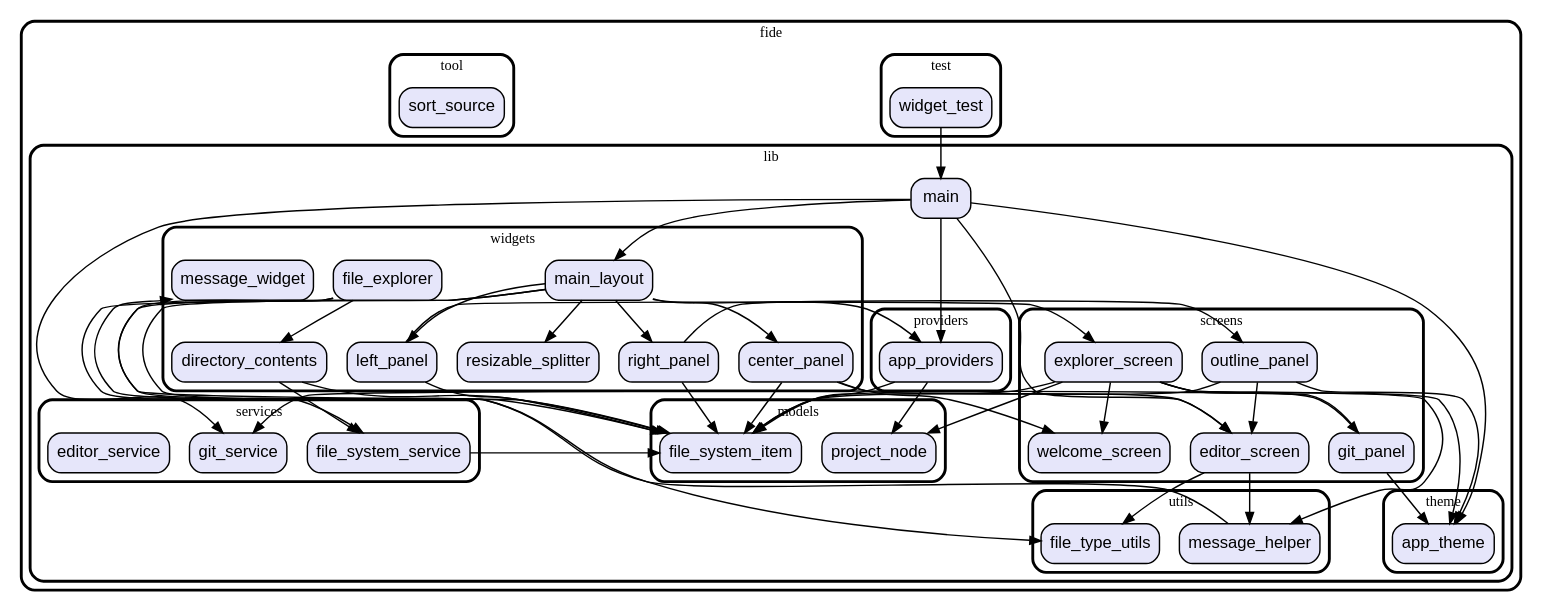
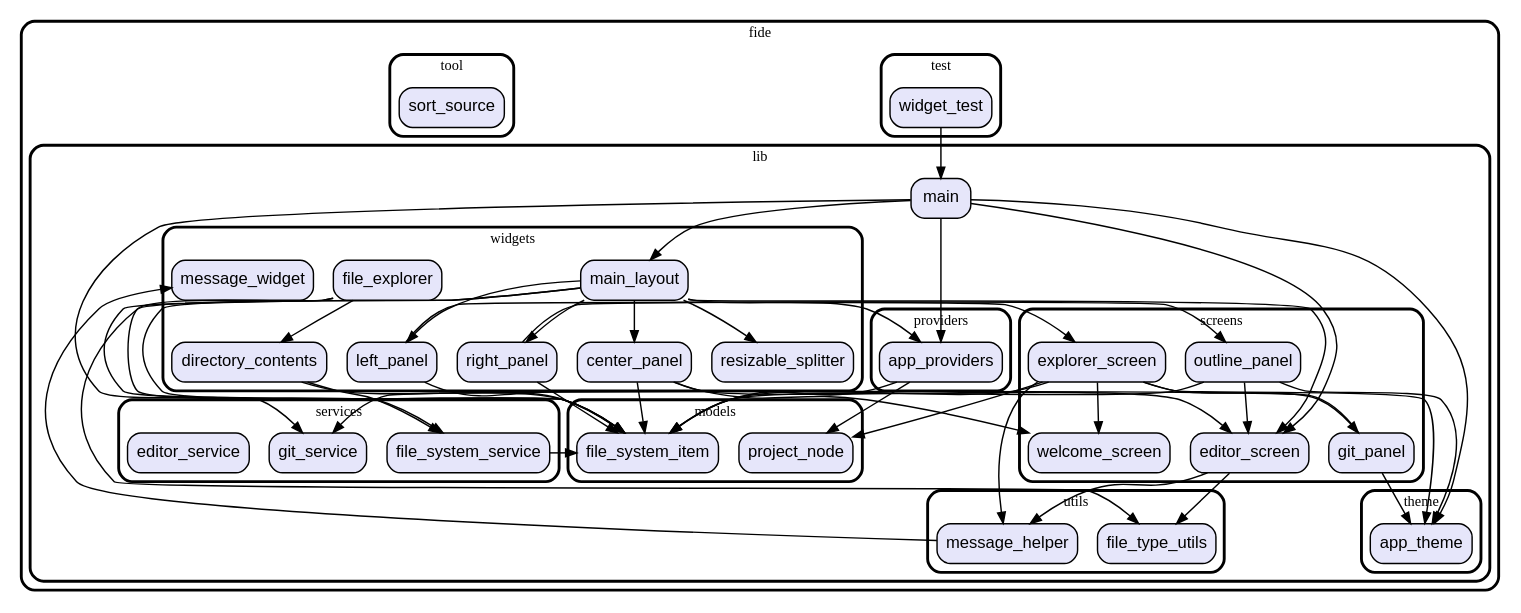
The diagram in graph.dot (vteam-com/FIDE), drawn with Graphviz before and after one commit. The commit also changed 6 other files, not shown here.

```diff
--- a/graph.dot
+++ b/graph.dot
@@ -1,130 +1,131 @@
 digraph "" {
   graph [style=rounded fontname="Arial Black" fontsize=13 penwidth=2.6];
   node [shape=rect style="filled,rounded" fontname=Arial fontsize=15 fillcolor=Lavender penwidth=1.3];
   edge [penwidth=1.3];
   "/test/widget_test.dart" [label="widget_test"];
   "/lib/providers/app_providers.dart" [label="app_providers"];
   "/lib/utils/message_helper.dart" [label="message_helper"];
   "/lib/utils/file_type_utils.dart" [label="file_type_utils"];
   "/lib/models/project_node.dart" [label="project_node"];
   "/lib/models/file_system_item.dart" [label="file_system_item"];
   "/lib/screens/git_panel.dart" [label="git_panel"];
   "/lib/screens/explorer_screen.dart" [label="explorer_screen"];
   "/lib/screens/outline_panel.dart" [label="outline_panel"];
   "/lib/screens/editor_screen.dart" [label="editor_screen"];
   "/lib/screens/welcome_screen.dart" [label="welcome_screen"];
   "/lib/main.dart" [label="main"];
   "/lib/theme/app_theme.dart" [label="app_theme"];
   "/lib/services/git_service.dart" [label="git_service"];
   "/lib/services/file_system_service.dart" [label="file_system_service"];
   "/lib/services/editor_service.dart" [label="editor_service"];
   "/lib/widgets/resizable_splitter.dart" [label="resizable_splitter"];
   "/lib/widgets/directory_contents.dart" [label="directory_contents"];
   "/lib/widgets/main_layout.dart" [label="main_layout"];
   "/lib/widgets/file_explorer.dart" [label="file_explorer"];
   "/lib/widgets/message_widget.dart" [label="message_widget"];
   "/lib/widgets/left_panel.dart" [label="left_panel"];
   "/lib/widgets/center_panel.dart" [label="center_panel"];
   "/lib/widgets/right_panel.dart" [label="right_panel"];
   "/tool/sort_source.dart" [label="sort_source"];
   subgraph "cluster~" {
     label="fide";
     subgraph "cluster~/test" {
       label="test";
       "/test/widget_test.dart";
     }
     subgraph "cluster~/lib" {
       label="lib";
       "/lib/main.dart";
       subgraph "cluster~/lib/providers" {
         label="providers";
         "/lib/providers/app_providers.dart";
       }
       subgraph "cluster~/lib/utils" {
         label="utils";
         "/lib/utils/message_helper.dart";
         "/lib/utils/file_type_utils.dart";
       }
       subgraph "cluster~/lib/models" {
         label="models";
         "/lib/models/project_node.dart";
         "/lib/models/file_system_item.dart";
       }
       subgraph "cluster~/lib/screens" {
         label="screens";
         "/lib/screens/git_panel.dart";
         "/lib/screens/explorer_screen.dart";
         "/lib/screens/outline_panel.dart";
         "/lib/screens/editor_screen.dart";
         "/lib/screens/welcome_screen.dart";
       }
       subgraph "cluster~/lib/theme" {
         label="theme";
         "/lib/theme/app_theme.dart";
       }
       subgraph "cluster~/lib/services" {
         label="services";
         "/lib/services/git_service.dart";
         "/lib/services/file_system_service.dart";
         "/lib/services/editor_service.dart";
       }
       subgraph "cluster~/lib/widgets" {
         label="widgets";
         "/lib/widgets/resizable_splitter.dart";
         "/lib/widgets/directory_contents.dart";
         "/lib/widgets/main_layout.dart";
         "/lib/widgets/file_explorer.dart";
         "/lib/widgets/message_widget.dart";
         "/lib/widgets/left_panel.dart";
         "/lib/widgets/center_panel.dart";
         "/lib/widgets/right_panel.dart";
       }
     }
     subgraph "cluster~/tool" {
       label="tool";
       "/tool/sort_source.dart";
     }
   }
   "/test/widget_test.dart" -> "/lib/main.dart";
   "/lib/providers/app_providers.dart" -> "/lib/models/file_system_item.dart";
   "/lib/providers/app_providers.dart" -> "/lib/models/project_node.dart";
   "/lib/utils/message_helper.dart" -> "/lib/widgets/message_widget.dart";
   "/lib/screens/git_panel.dart" -> "/lib/theme/app_theme.dart";
   "/lib/screens/git_panel.dart" -> "/lib/services/git_service.dart";
   "/lib/screens/explorer_screen.dart" -> "/lib/models/project_node.dart";
   "/lib/screens/explorer_screen.dart" -> "/lib/models/file_system_item.dart";
   "/lib/screens/explorer_screen.dart" -> "/lib/utils/message_helper.dart";
   "/lib/screens/explorer_screen.dart" -> "/lib/screens/welcome_screen.dart";
   "/lib/screens/explorer_screen.dart" -> "/lib/screens/git_panel.dart";
   "/lib/screens/explorer_screen.dart" -> "/lib/theme/app_theme.dart";
   "/lib/screens/outline_panel.dart" -> "/lib/theme/app_theme.dart";
   "/lib/screens/outline_panel.dart" -> "/lib/models/file_system_item.dart";
   "/lib/screens/outline_panel.dart" -> "/lib/screens/editor_screen.dart";
   "/lib/screens/editor_screen.dart" -> "/lib/utils/message_helper.dart";
   "/lib/screens/editor_screen.dart" -> "/lib/utils/file_type_utils.dart";
   "/lib/main.dart" -> "/lib/providers/app_providers.dart";
   "/lib/main.dart" -> "/lib/widgets/main_layout.dart";
   "/lib/main.dart" -> "/lib/screens/editor_screen.dart";
   "/lib/main.dart" -> "/lib/services/git_service.dart";
   "/lib/main.dart" -> "/lib/theme/app_theme.dart";
   "/lib/services/file_system_service.dart" -> "/lib/models/file_system_item.dart";
   "/lib/widgets/directory_contents.dart" -> "/lib/services/file_system_service.dart";
   "/lib/widgets/directory_contents.dart" -> "/lib/models/file_system_item.dart";
+  "/lib/widgets/main_layout.dart" -> "/lib/screens/editor_screen.dart";
   "/lib/widgets/main_layout.dart" -> "/lib/providers/app_providers.dart";
   "/lib/widgets/main_layout.dart" -> "/lib/models/file_system_item.dart";
   "/lib/widgets/main_layout.dart" -> "/lib/utils/file_type_utils.dart";
   "/lib/widgets/main_layout.dart" -> "/lib/widgets/resizable_splitter.dart";
   "/lib/widgets/main_layout.dart" -> "/lib/widgets/left_panel.dart";
   "/lib/widgets/main_layout.dart" -> "/lib/widgets/center_panel.dart";
   "/lib/widgets/main_layout.dart" -> "/lib/widgets/right_panel.dart";
   "/lib/widgets/file_explorer.dart" -> "/lib/services/file_system_service.dart";
   "/lib/widgets/file_explorer.dart" -> "/lib/models/file_system_item.dart";
   "/lib/widgets/file_explorer.dart" -> "/lib/widgets/directory_contents.dart";
   "/lib/widgets/left_panel.dart" -> "/lib/screens/explorer_screen.dart";
   "/lib/widgets/left_panel.dart" -> "/lib/models/file_system_item.dart";
   "/lib/widgets/center_panel.dart" -> "/lib/screens/welcome_screen.dart";
   "/lib/widgets/center_panel.dart" -> "/lib/screens/editor_screen.dart";
   "/lib/widgets/center_panel.dart" -> "/lib/models/file_system_item.dart";
   "/lib/widgets/right_panel.dart" -> "/lib/screens/outline_panel.dart";
   "/lib/widgets/right_panel.dart" -> "/lib/models/file_system_item.dart";
 }
```
